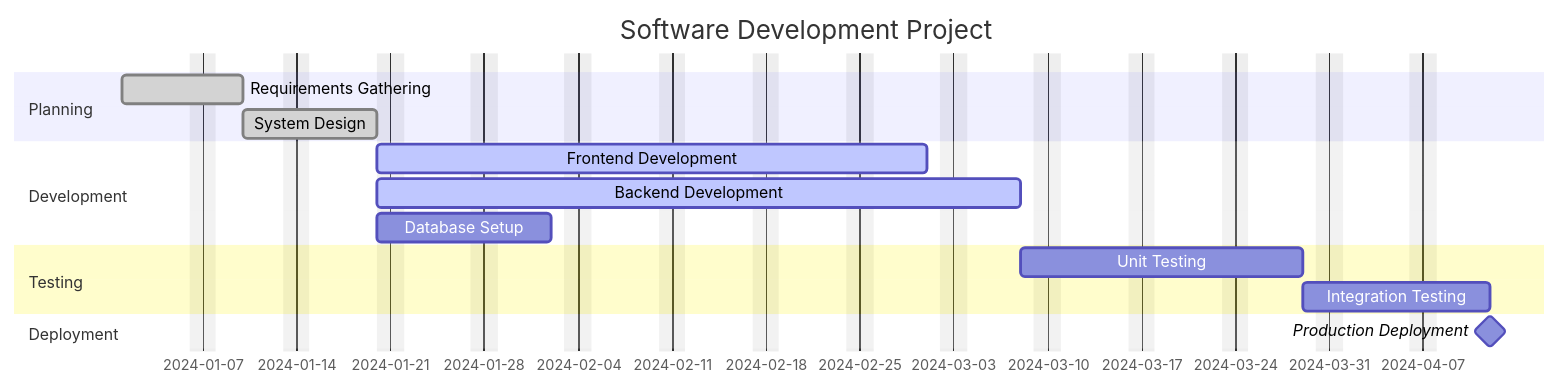
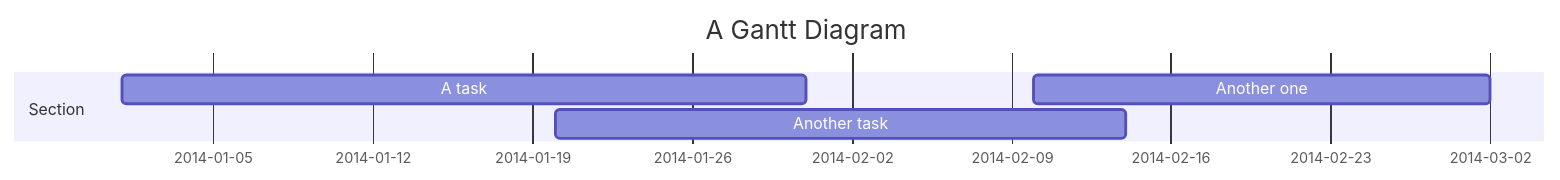
Before and after one commit to teachingai/full-stack-skills: the tenth of 12 diagrams in skills/mermaid/examples/gantt.md, drawn with Mermaid. The commit also changed other lines of this file and 1 other file, not shown here.

First line of the commit message:
docs(mermaid): 更新甘特图和Git图表示例文档

````diff
--- a/skills/mermaid/examples/gantt.md
+++ b/skills/mermaid/examples/gantt.md
@@ -130,18 +174,13 @@
 ```mermaid
+---
+displayMode: compact
+---
 gantt
-    title Software Development Project
-    dateFormat YYYY-MM-DD
-    excludes weekends
-    section Planning
-    Requirements Gathering :done, req1, 2024-01-01, 2024-01-10
-    System Design :done, des1, after req1, 2024-01-20
-    section Development
-    Frontend Development :active, front1, after des1, 30d
-    Backend Development :active, back1, after des1, 35d
-    Database Setup :db1, after des1, 10d
-    section Testing
-    Unit Testing :test1, after front1 back1, 15d
-    Integration Testing :test2, after test1, 10d
-    section Deployment
-    Production Deployment :milestone, deploy1, after test2, 0d
+    title A Gantt Diagram
+    dateFormat  YYYY-MM-DD
+
+    section Section
+    A task           :a1, 2014-01-01, 30d
+    Another task     :a2, 2014-01-20, 25d
+    Another one      :a3, 2014-02-10, 20d
 ```
````
